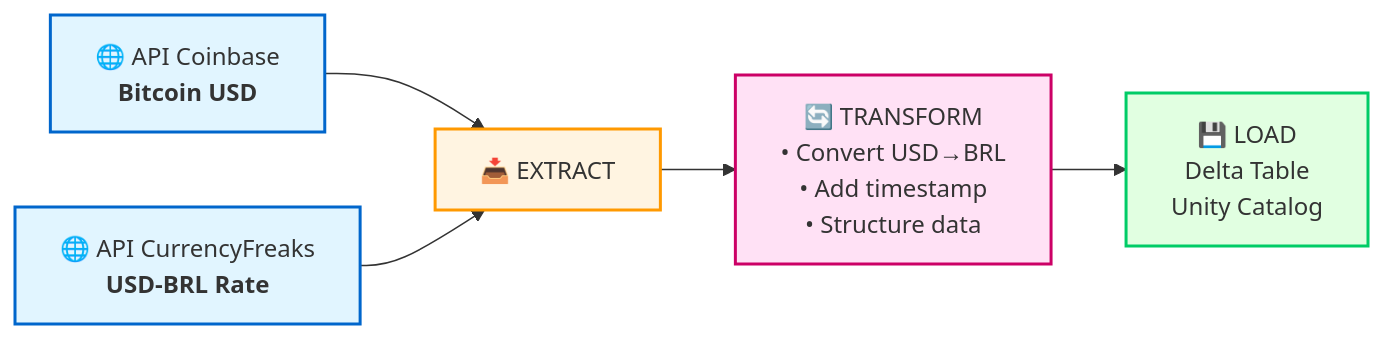
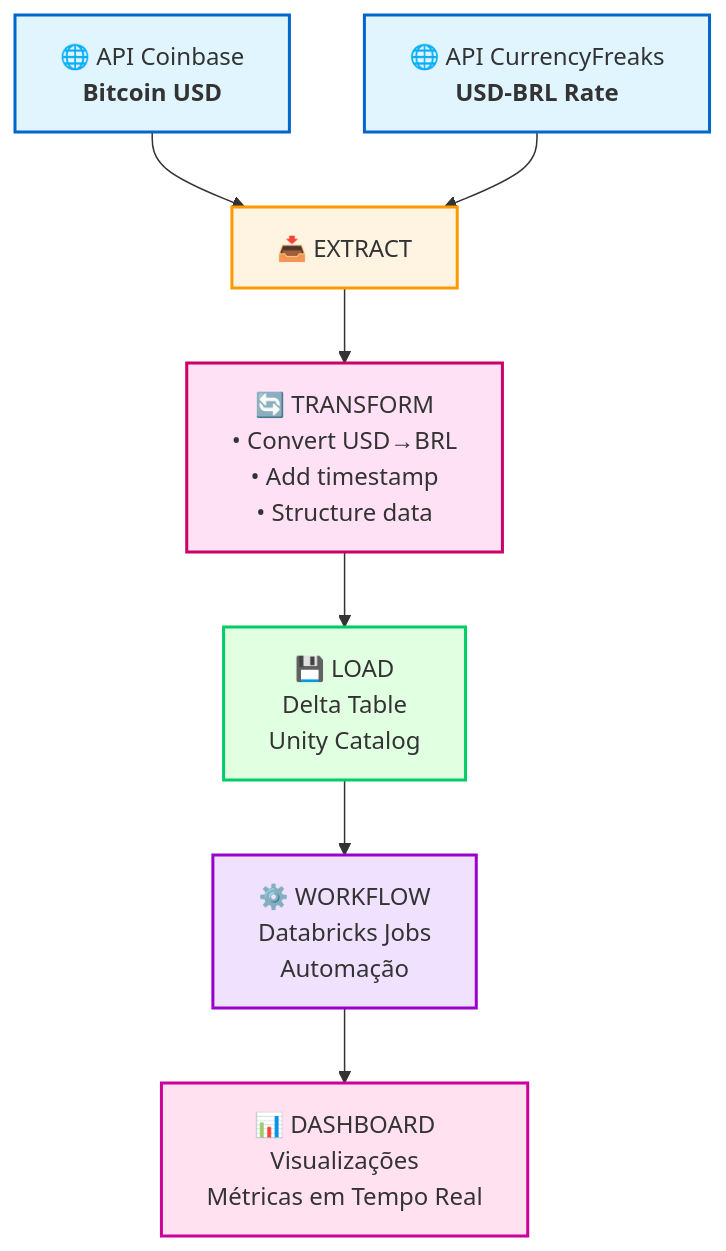
The first of 2 diagrams in README.md (lvgalvao/pipeline-api-bitcoin-com-databricks), drawn with Mermaid before and after one commit. The commit also changed other lines of this file, not shown here.

````diff
--- a/README.md
+++ b/README.md
@@ -494,13 +26,17 @@
 ```mermaid
-flowchart LR
+flowchart TB
     A["🌐 API Coinbase<br/><b>Bitcoin USD</b>"] --> E["📥 EXTRACT"]
     B["🌐 API CurrencyFreaks<br/><b>USD-BRL Rate</b>"] --> E
     E --> T["🔄 TRANSFORM<br/>• Convert USD→BRL<br/>• Add timestamp<br/>• Structure data"]
     T --> L["💾 LOAD<br/>Delta Table<br/>Unity Catalog"]
+    L --> W["⚙️ WORKFLOW<br/>Databricks Jobs<br/>Automação"]
+    W --> D["📊 DASHBOARD<br/>Visualizações<br/>Métricas em Tempo Real"]
     
     style A fill:#e1f5ff,stroke:#0066cc,stroke-width:2px
     style B fill:#e1f5ff,stroke:#0066cc,stroke-width:2px
     style E fill:#fff4e1,stroke:#ff9900,stroke-width:2px
     style T fill:#ffe1f5,stroke:#cc0066,stroke-width:2px
     style L fill:#e1ffe1,stroke:#00cc66,stroke-width:2px
+    style W fill:#f0e1ff,stroke:#9900cc,stroke-width:2px
+    style D fill:#ffe1f0,stroke:#cc0099,stroke-width:2px
 ```
````
